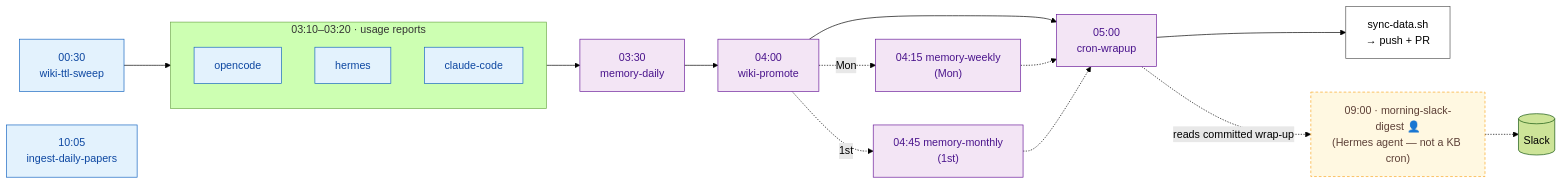
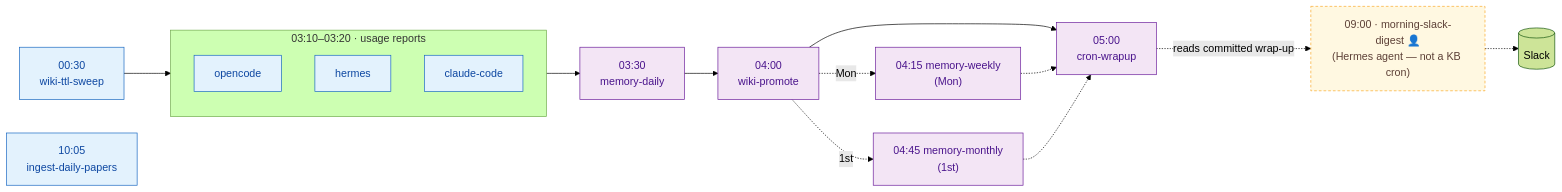
One commit to yw0nam/KnowledgeBase changed the first of 2 diagrams in docs/workflows.md. Above: the diagram before and after it, drawn with Mermaid (forest theme). The commit also changed other lines of this file and 31 other files, not shown here.

First line of the commit message:
docs: update docs, skills, and config for DB-canonical architecture

````diff
--- a/docs/workflows.md
+++ b/docs/workflows.md
@@ -31,31 +31,30 @@
 ```mermaid
 flowchart LR
   classDef det fill:#e3f2fd,stroke:#1565c0,color:#0d47a1;
   classDef llm fill:#f3e5f5,stroke:#6a1b9a,color:#4a148c;
   classDef ext fill:#fff8e1,stroke:#f9a825,color:#5d4037,stroke-dasharray:4 3;
   classDef gate fill:#ffffff,stroke:#555,color:#000;
 
   ttl["00:30<br/>wiki-ttl-sweep"]:::det
   subgraph R["03:10–03:20 · usage reports"]
     direction TB
     oc["opencode"]:::det
     hm["hermes"]:::det
     cc["claude-code"]:::det
   end
   mem["03:30<br/>memory-daily"]:::llm
   prom["04:00<br/>wiki-promote"]:::llm
   wrap["05:00<br/>cron-wrapup"]:::llm
-  sync["sync-data.sh<br/>→ push + PR"]:::gate
   papers["10:05<br/>ingest-daily-papers"]:::det
   slack["09:00 · morning-slack-digest 👤<br/>(Hermes agent — not a KB cron)"]:::ext
   Slack[("Slack")]
 
   wk["04:15 memory-weekly<br/>(Mon)"]:::llm
   mo["04:45 memory-monthly<br/>(1st)"]:::llm
 
-  ttl --> R --> mem --> prom --> wrap --> sync
+  ttl --> R --> mem --> prom --> wrap
   prom -. "Mon" .-> wk -.-> wrap
   prom -. "1st" .-> mo -.-> wrap
   wrap -. "reads committed wrap-up" .-> slack -.-> Slack
   papers
 ```
````
